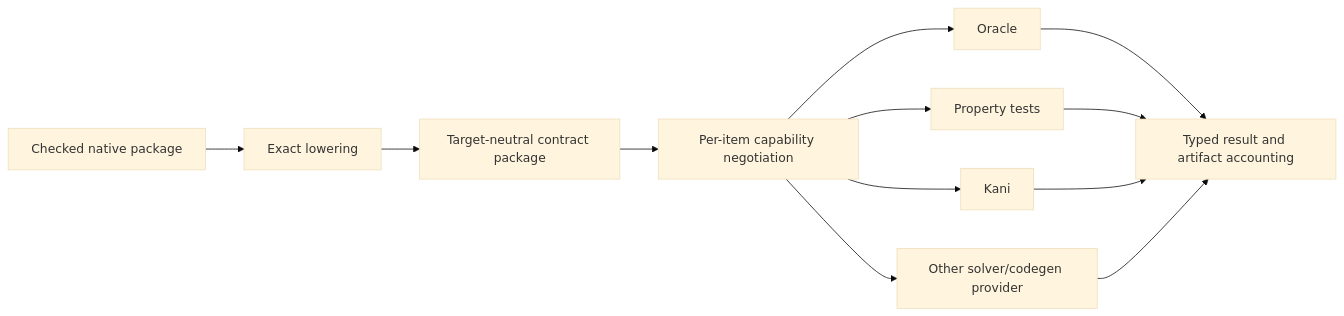
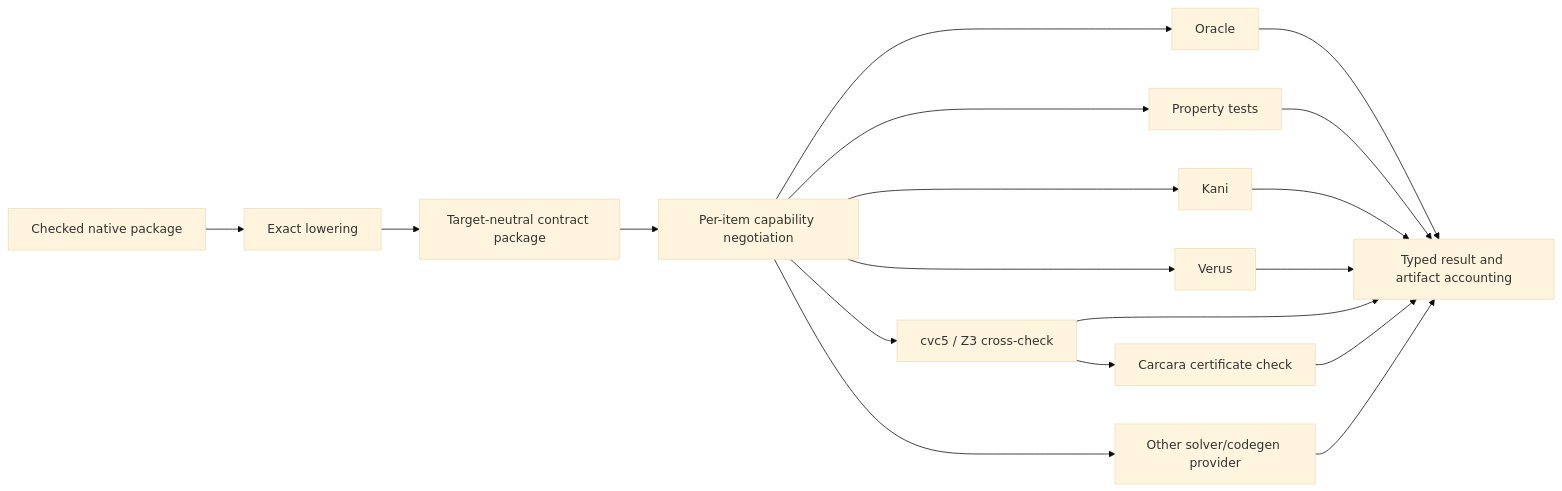
The diagram in spec/assurance/AD-010-target-neutral-ir-backends.md (agent-ix/quire-specification), drawn with Mermaid (base theme) before and after one commit. The commit also changed other lines of this file and 37 other files, not shown here.

````diff
--- a/spec/assurance/AD-010-target-neutral-ir-backends.md
+++ b/spec/assurance/AD-010-target-neutral-ir-backends.md
@@ -33,14 +39,20 @@
 ```mermaid
 flowchart LR
   N[Checked native package] --> L[Exact lowering]
   L --> I[Target-neutral contract package]
   I --> Q[Per-item capability negotiation]
   Q --> O[Oracle]
   Q --> P[Property tests]
   Q --> K[Kani]
+  Q --> M[cvc5 / Z3 cross-check]
+  Q --> V2[Verus]
   Q --> S[Other solver/codegen provider]
+  M --> C[Carcara certificate check]
   O --> R[Typed result and artifact accounting]
   P --> R
   K --> R
+  V2 --> R
+  M --> R
+  C --> R
   S --> R
 ```
````
